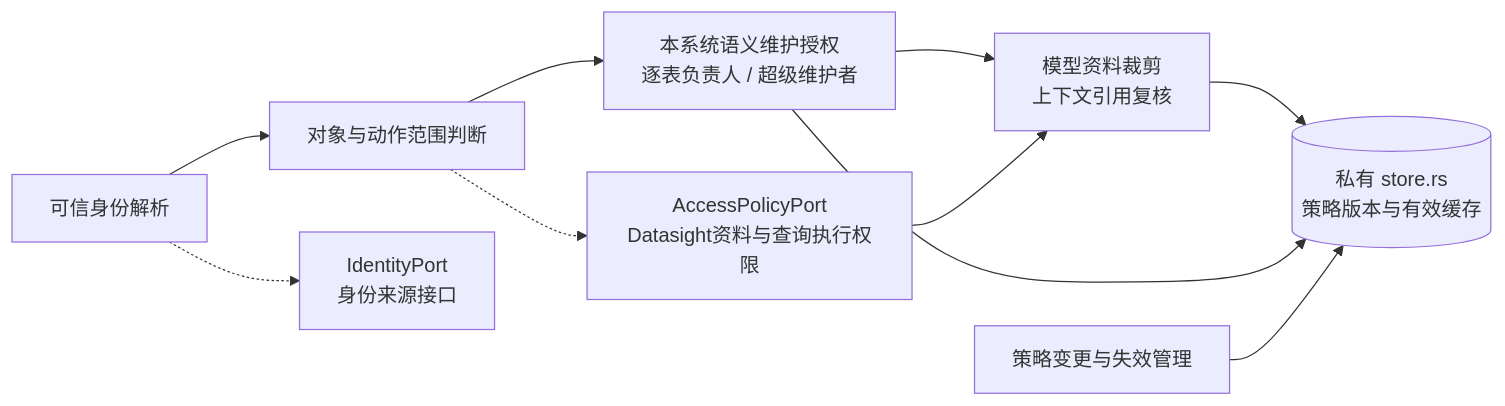
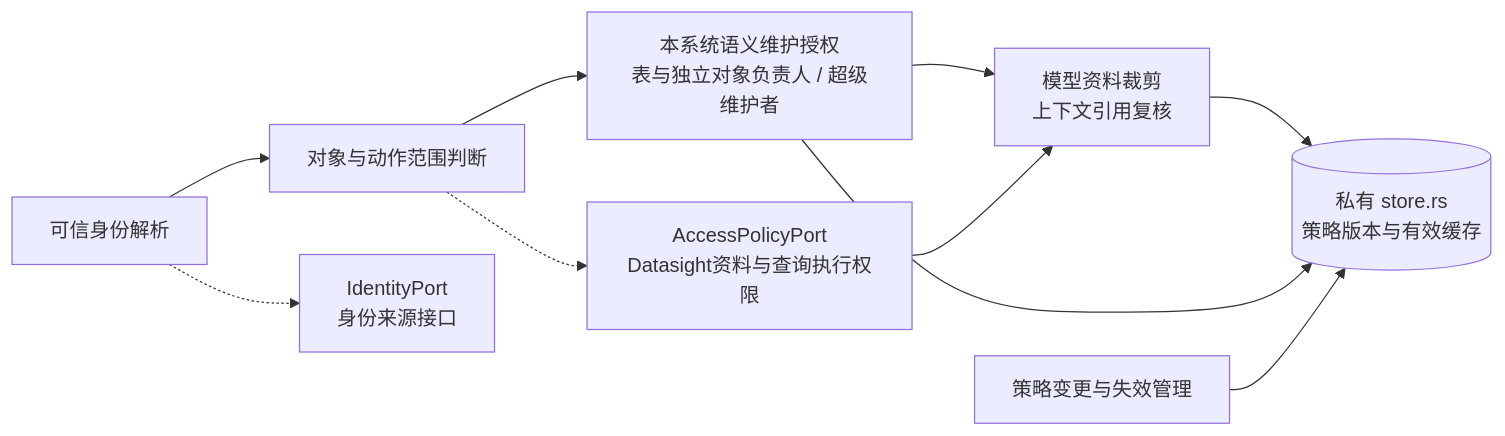
Before and after one commit to yaoziyaoguai/data_agent: the first of 11 diagrams in docs/architecture/knowledge-modules.md, drawn with Mermaid. The commit also changed other lines of this file and 48 other files, not shown here.

````diff
--- a/docs/architecture/knowledge-modules.md
+++ b/docs/architecture/knowledge-modules.md
@@ -69,12 +69,12 @@
 ```mermaid
 flowchart LR
     Identity[可信身份解析] --> Scope[对象与动作范围判断]
     Identity -.-> IdentityPort[IdentityPort<br/>身份来源接口]
-    Scope --> Local[本系统语义维护授权<br/>逐表负责人 / 超级维护者]
+    Scope --> Local[本系统语义维护授权<br/>表与独立对象负责人 / 超级维护者]
     Scope -.-> AccessPort[AccessPolicyPort<br/>Datasight资料与查询执行权限]
     Local --> Delivery[模型资料裁剪<br/>上下文引用复核]
     AccessPort --> Delivery
     Delivery --> Store[(私有 store.rs<br/>策略版本与有效缓存)]
     Local --> Store
     Changes[策略变更与失效管理] --> Store
 ```
````
